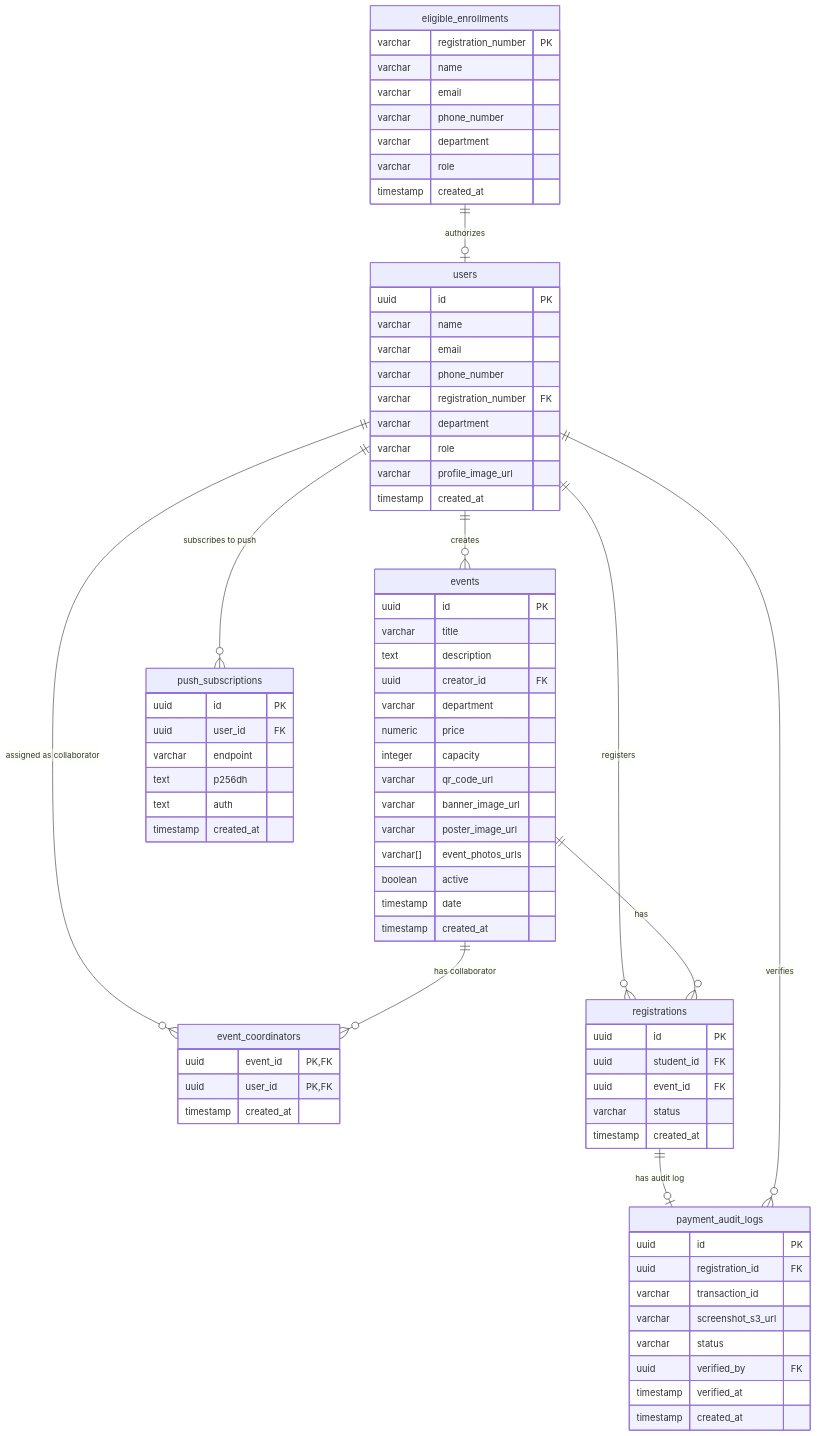
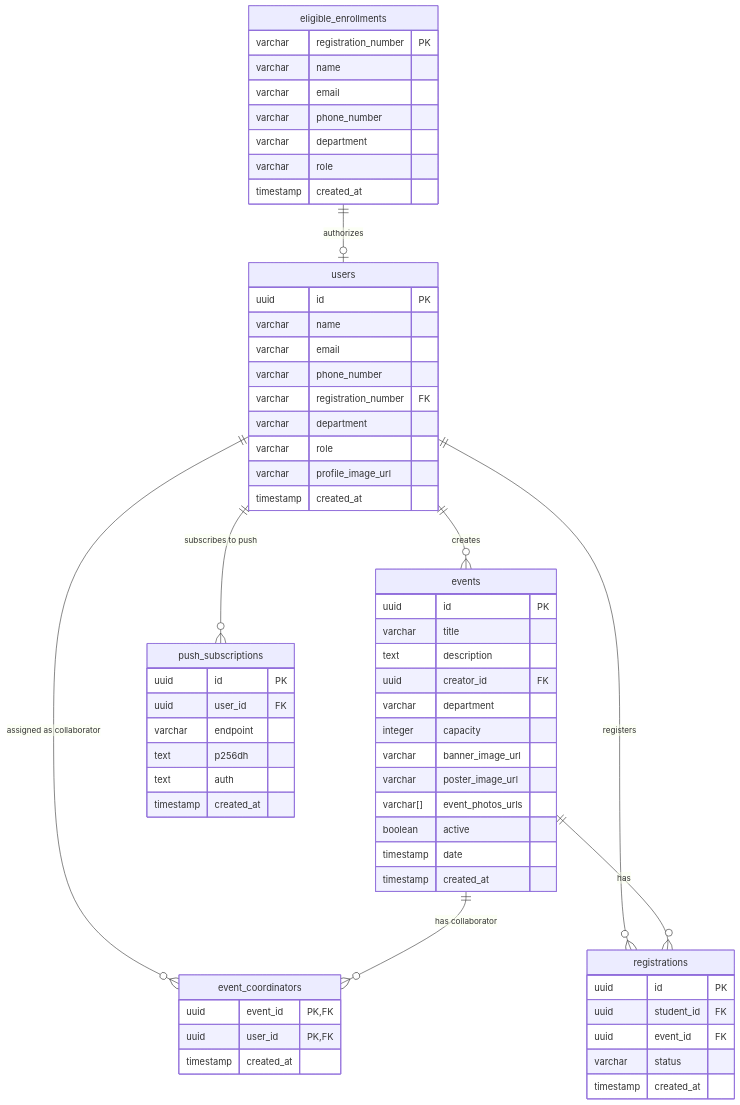
One commit to pec-developers/pec-events-app changed the diagram in docs/lld.md. Above: the diagram before and after it, drawn with Mermaid. The commit also changed other lines of this file and 1 other file, not shown here.

Commit message:
docs(sync): synchronize LLD and PRD role parameters, draft event creation, and registration boundaries

````diff
--- a/docs/lld.md
+++ b/docs/lld.md
@@ -7,79 +7,65 @@
 ```mermaid
 erDiagram
     eligible_enrollments {
         varchar registration_number PK
         varchar name
         varchar email
         varchar phone_number
         varchar department
         varchar role
         timestamp created_at
     }
     users {
         uuid id PK
         varchar name
         varchar email
         varchar phone_number
         varchar registration_number FK
         varchar department
         varchar role
         varchar profile_image_url
         timestamp created_at
     }
     events {
         uuid id PK
         varchar title
         text description
         uuid creator_id FK
         varchar department
-        numeric price
         integer capacity
-        varchar qr_code_url
         varchar banner_image_url
         varchar poster_image_url
         varchar[] event_photos_urls
         boolean active
         timestamp date
         timestamp created_at
     }
     event_coordinators {
         uuid event_id PK, FK
         uuid user_id PK, FK
         timestamp created_at
     }
     registrations {
         uuid id PK
         uuid student_id FK
         uuid event_id FK
         varchar status
         timestamp created_at
     }
-    payment_audit_logs {
-        uuid id PK
-        uuid registration_id FK
-        varchar transaction_id
-        varchar screenshot_s3_url
-        varchar status
-        uuid verified_by FK
-        timestamp verified_at
-        timestamp created_at
-    }
     push_subscriptions {
         uuid id PK
         uuid user_id FK
         varchar endpoint
         text p256dh
         text auth
         timestamp created_at
     }
 
     eligible_enrollments ||--o| users : "authorizes"
     users ||--o{ events : "creates"
     users ||--o{ event_coordinators : "assigned as collaborator"
     events ||--o{ event_coordinators : "has collaborator"
     users ||--o{ registrations : "registers"
     events ||--o{ registrations : "has"
-    registrations ||--o| payment_audit_logs : "has audit log"
-    users ||--o{ payment_audit_logs : "verifies"
     users ||--o{ push_subscriptions : "subscribes to push"
 ```
````
